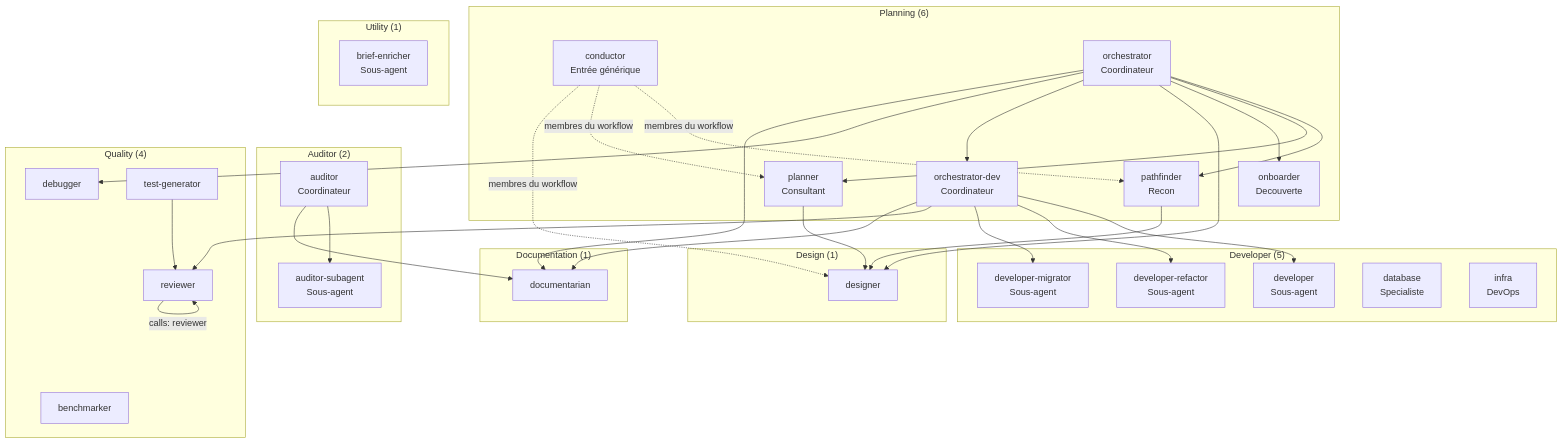
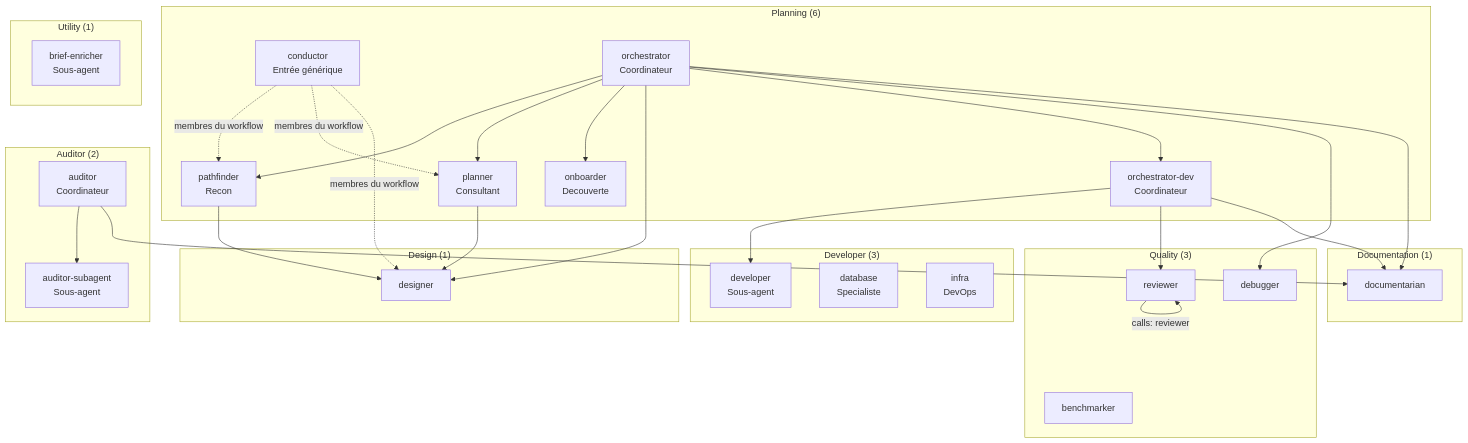
Before and after one commit to datichb/openhub: the diagram in docs/architecture/agents.fr.md, drawn with Mermaid. The commit also changed other lines of this file and 25 other files, not shown here.

````diff
--- a/docs/architecture/agents.fr.md
+++ b/docs/architecture/agents.fr.md
@@ -44,45 +44,41 @@
 ```mermaid
 flowchart TD
     subgraph PL ["Planning (6)"]
         COND["conductor<br/>Entrée générique"]
         ORCH["orchestrator<br/>Coordinateur"]
         ORCHDEV["orchestrator-dev<br/>Coordinateur"]
         PLAN["planner<br/>Consultant"]
         PATH["pathfinder<br/>Recon"]
         ONB["onboarder<br/>Decouverte"]
     end
-    subgraph DV ["Developer (5)"]
+    subgraph DV ["Developer (3)"]
         DEV["developer<br/>Sous-agent"]
-        DEVR["developer-refactor<br/>Sous-agent"]
-        DEVM["developer-migrator<br/>Sous-agent"]
         DB["database<br/>Specialiste"]
         INFRA["infra<br/>DevOps"]
     end
     subgraph AU ["Auditor (2)"]
         AUD["auditor<br/>Coordinateur"]
         AUDS["auditor-subagent<br/>Sous-agent"]
     end
-    subgraph QU ["Quality (4)"]
+    subgraph QU ["Quality (3)"]
         REV["reviewer"]
         DBG["debugger"]
         BENCH["benchmarker"]
-        TEST["test-generator"]
     end
     subgraph DS ["Design (1)"]
         DES["designer"]
     end
     subgraph DC ["Documentation (1)"]
         DOC["documentarian"]
     end
     subgraph UT ["Utility (1)"]
         BRF["brief-enricher<br/>Sous-agent"]
     end
     COND -.->|membres du workflow| PATH & PLAN & DES
     ORCH --> PATH & PLAN & ONB & DES & ORCHDEV & DBG & DOC
-    ORCHDEV --> DEV & DEVR & DEVM & REV & DOC
+    ORCHDEV --> DEV & REV & DOC
     PLAN --> DES
     PATH --> DES
     AUD --> AUDS & DOC
-    TEST --> REV
     REV -->|calls: reviewer| REV
 ```
````
